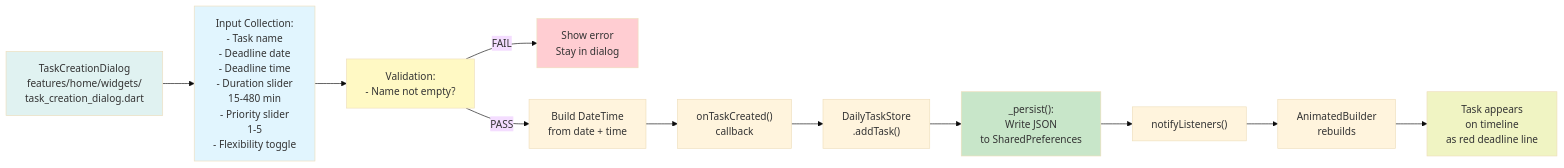
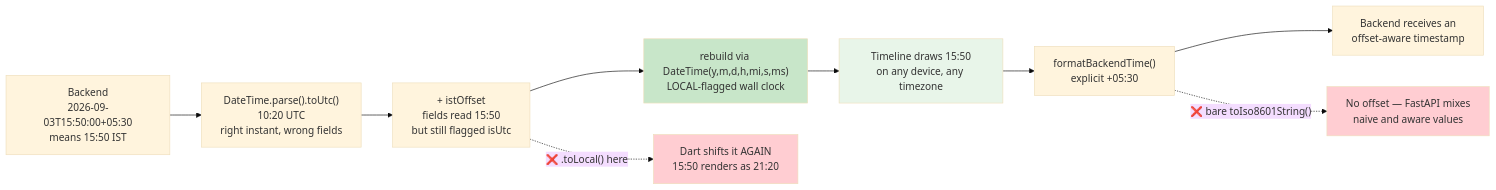
The ninth of 11 diagrams in SAARTHI V1.3.0/app files/docs/ARCHITECTURE_DIAGRAMS.md (Spathneja21/SAARTHI), drawn with Mermaid (base theme) before and after one commit. The commit also changed other lines of this file and 26 other files, not shown here.

````diff
--- a/SAARTHI V1.3.0/app files/docs/ARCHITECTURE_DIAGRAMS.md
+++ b/SAARTHI V1.3.0/app files/docs/ARCHITECTURE_DIAGRAMS.md
@@ -191,30 +404,19 @@
 ```mermaid
 graph LR
-    TCD["TaskCreationDialog<br/>features/home/widgets/<br/>task_creation_dialog.dart"]
-    
-    TCD --> INPUT["Input Collection:<br/>- Task name<br/>- Deadline date<br/>- Deadline time<br/>- Duration slider<br/>15-480 min<br/>- Priority slider<br/>1-5<br/>- Flexibility toggle"]
-    
-    INPUT --> VALIDATE["Validation:<br/>- Name not empty?"]
-    
-    VALIDATE -->|FAIL| ERROR["Show error<br/>Stay in dialog"]
-    VALIDATE -->|PASS| BUILD["Build DateTime<br/>from date + time"]
-    
-    BUILD --> CREATE_CALL["onTaskCreated()<br/>callback"]
-    
-    CREATE_CALL --> ADD_TASK["DailyTaskStore<br/>.addTask()"]
-    
-    ADD_TASK --> PERSIST["_persist():<br/>Write JSON<br/>to SharedPreferences"]
-    
-    PERSIST --> NOTIFY["notifyListeners()"]
-    
-    NOTIFY --> REBUILD["AnimatedBuilder<br/>rebuilds"]
-    
-    REBUILD --> APPEAR["Task appears<br/>on timeline<br/>as red deadline line"]
-    
-    style TCD fill:#e0f2f1
-    style INPUT fill:#e1f5fe
-    style VALIDATE fill:#fff9c4
-    style ERROR fill:#ffcdd2
-    style PERSIST fill:#c8e6c9
-    style APPEAR fill:#f0f4c3
+    W["Backend<br/>2026-09-03T15:50:00+05:30<br/>means 15:50 IST"]
+    W --> P1["DateTime.parse().toUtc()<br/>10:20 UTC<br/>right instant, wrong fields"]
+    P1 --> P2["+ istOffset<br/>fields read 15:50<br/>but still flagged isUtc"]
+    P2 --> P3["rebuild via DateTime(y,m,d,h,mi,s,ms)<br/>LOCAL-flagged wall clock"]
+    P3 --> UI["Timeline draws 15:50<br/>on any device, any timezone"]
+
+    P2 -.->|"❌ .toLocal() here"| BUG["Dart shifts it AGAIN<br/>15:50 renders as 21:20"]
+
+    UI --> OUT["formatBackendTime()<br/>explicit +05:30"]
+    OUT --> W2["Backend receives an<br/>offset-aware timestamp"]
+    OUT -.->|"❌ bare toIso8601String()"| BUG2["No offset — FastAPI mixes<br/>naive and aware values"]
+
+    style BUG fill:#ffcdd2
+    style BUG2 fill:#ffcdd2
+    style P3 fill:#c8e6c9
+    style UI fill:#e8f5e9
 ```
````
